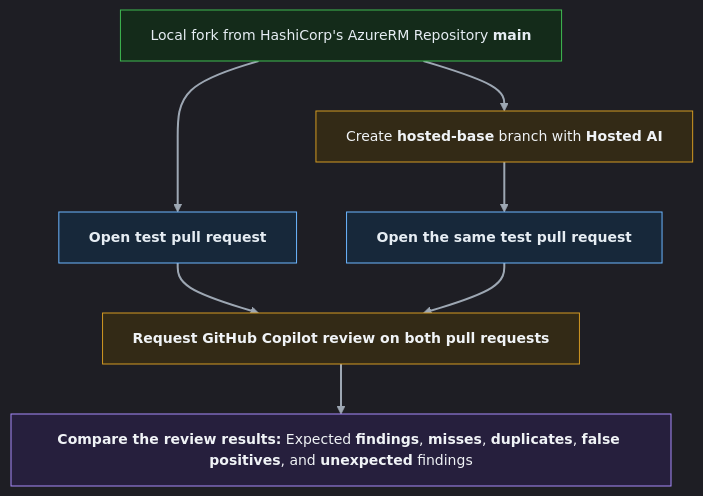
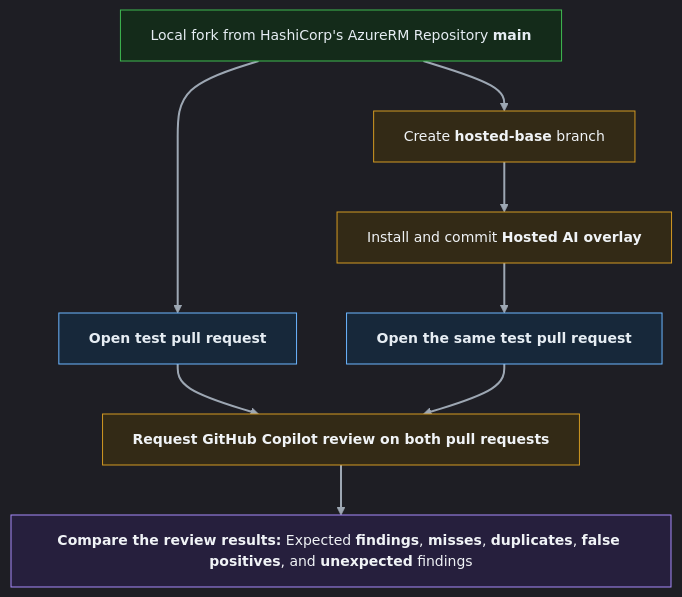
One commit to WodansSon/terraform-azurerm-ai-assisted-development changed the diagram in hosted_copilot/docs/HOSTED_COPILOT_CODE_REVIEW_IMPLEMENTATION.md. Above: the diagram before and after it, drawn with Mermaid. The commit also changed other lines of this file, not shown here.

````diff
--- a/hosted_copilot/docs/HOSTED_COPILOT_CODE_REVIEW_IMPLEMENTATION.md
+++ b/hosted_copilot/docs/HOSTED_COPILOT_CODE_REVIEW_IMPLEMENTATION.md
@@ -217,32 +217,34 @@
 ```mermaid
 %%{init: {"theme":"dark","themeVariables":{"fontFamily":"Segoe UI, Arial, sans-serif","fontSize":"14px","background":"#111418","primaryTextColor":"#e6edf3","lineColor":"#9da7b3"},"flowchart":{"htmlLabels":true,"wrappingWidth":600}}}%%
 flowchart TB
   main["Local fork from HashiCorp's AzureRM Repository <b>main</b>"]
-  hostedBase["Create <b>hosted-base</b> branch with <b>Hosted AI</b>"]
+  hostedBase["Create <b>hosted-base</b> branch"]
+  installOverlay["Install and commit <b>Hosted AI overlay</b>"]
   controlPr["<b>Open test pull request</b>"]
   hostedPr["<b>Open the same test pull request</b>"]
   review["<b>Request GitHub Copilot review on both pull requests</b>"]
   compare["<b>Compare the review results:</b> Expected <b>findings</b>, <b>misses</b>, <b>duplicates</b>, <b>false positives</b>, and <b>unexpected</b> findings"]
 
   main --> controlPr
   main --> hostedBase
-  hostedBase --> hostedPr
+  hostedBase --> installOverlay
+  installOverlay --> hostedPr
   controlPr --> review
   hostedPr --> review
   review --> compare
 
   classDef source fill:#142b1a,stroke:#3fb950,stroke-width:1px,color:#e6edf3
   classDef prerequisite fill:#332a16,stroke:#d29922,stroke-width:1px,color:#f0f3f6
   classDef control fill:#17283a,stroke:#6cb6ff,stroke-width:1px,color:#e6edf3
   classDef hosted fill:#17283a,stroke:#6cb6ff,stroke-width:1px,color:#e6edf3
   classDef action fill:#332a16,stroke:#d29922,stroke-width:1px,color:#f0f3f6
   classDef result fill:#261f3d,stroke:#a78bfa,stroke-width:1px,color:#f0f3f6
 
   class main source
-  class hostedBase prerequisite
+  class hostedBase,installOverlay prerequisite
   class controlPr control
   class hostedPr hosted
   class review action
   class compare result
   linkStyle default stroke:#9da7b3,stroke-width:2px
 ```
````
